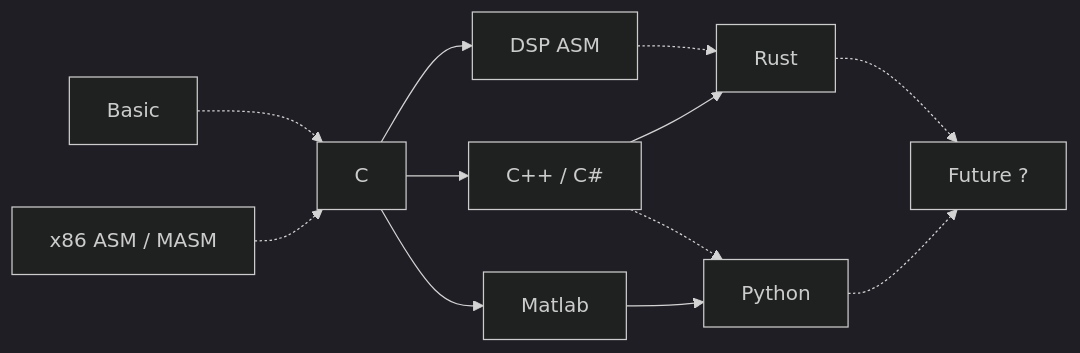
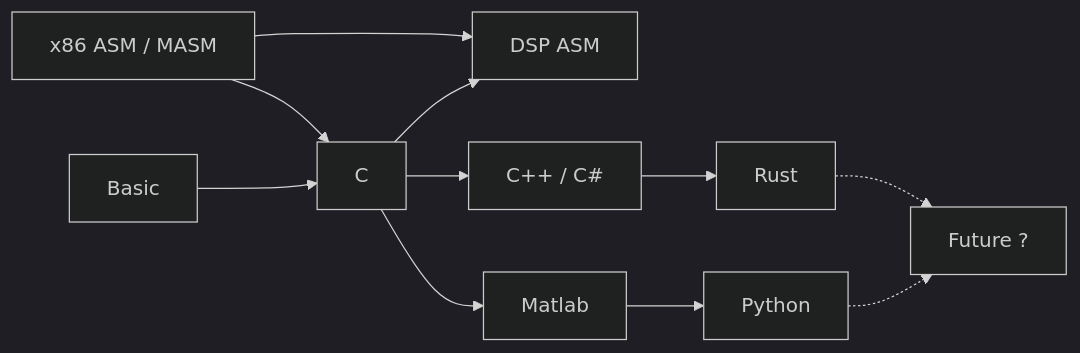
One commit to cod2colt/Cod2Colt changed the first of 3 diagrams in README.md. Above: the diagram before and after it, drawn with Mermaid (dark theme).

Commit message:
Update README.md
🌾 My Road as the Coding Farmer

````diff
--- a/README.md
+++ b/README.md
@@ -43,19 +43,21 @@
 ```mermaid
 flowchart LR
     0["Basic"]
     A["x86 ASM / MASM"]
     B["C"]
     C["DSP ASM"]
     D["C++ / C#"]
     E["Python"]
     F["Rust"]
     G["Matlab"]
     H["Future ?"]
 
-    0 -.-> B 
-    A -.-> B --> C -.-> F -.-> H
-    B --> D --> F
-    D -.-> E -.-> H
+    A --> C
+    A --> B
+    0 --> B 
+    B --> D --> F -.-> H
+    B --> C
+    E -.-> H
     B --> G --> E
     
 ```
````
